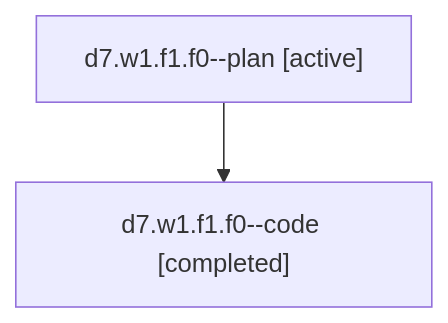
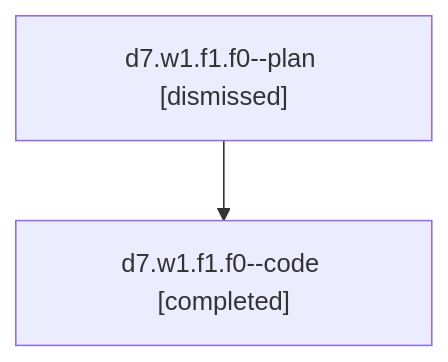
Before and after one commit to sase-org/sase--agents: the diagram in sessions/bbugyi200.athena.d7.w1.f1.f0.md, drawn with Mermaid. The commit also changed other lines of this file and 69 other files, not shown here.

````diff
--- a/sessions/bbugyi200.athena.d7.w1.f1.f0.md
+++ b/sessions/bbugyi200.athena.d7.w1.f1.f0.md
@@ -9,6 +9,6 @@
 ```mermaid
 flowchart TD
-  n0["d7.w1.f1.f0--plan [active]"]
+  n0["d7.w1.f1.f0--plan [dismissed]"]
   n1["d7.w1.f1.f0--code [completed]"]
   n0 --> n1
 ```
````
